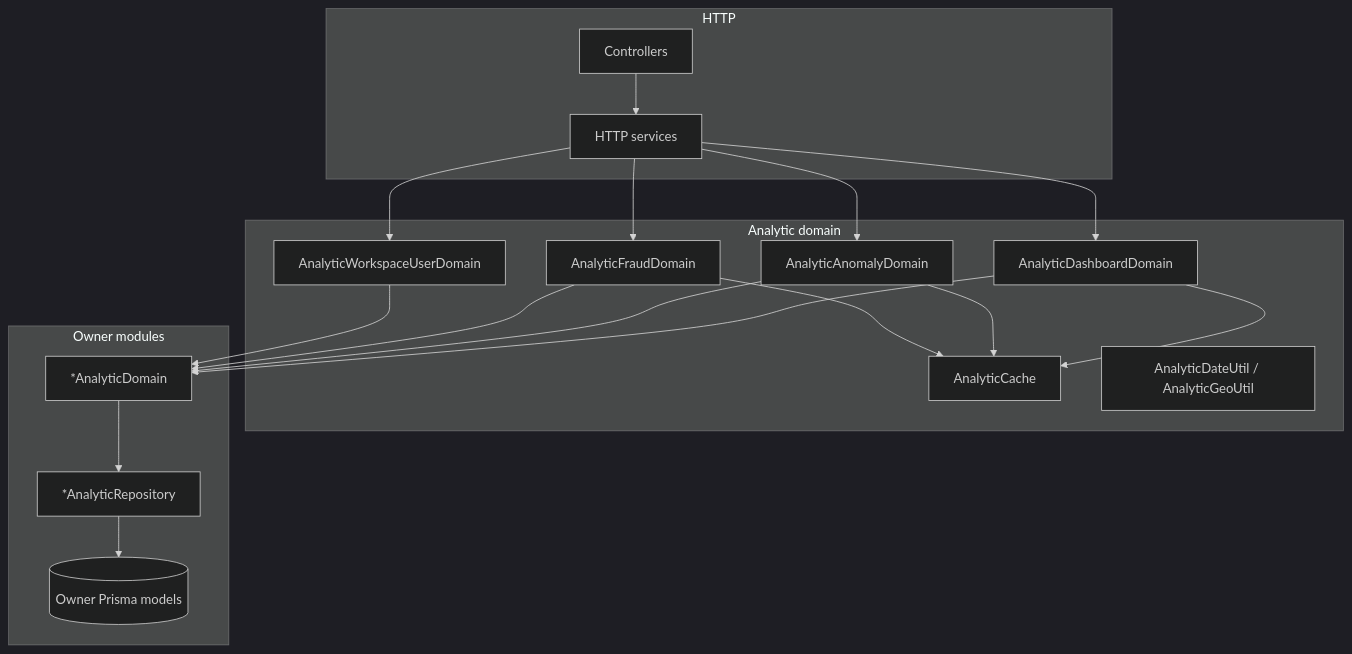
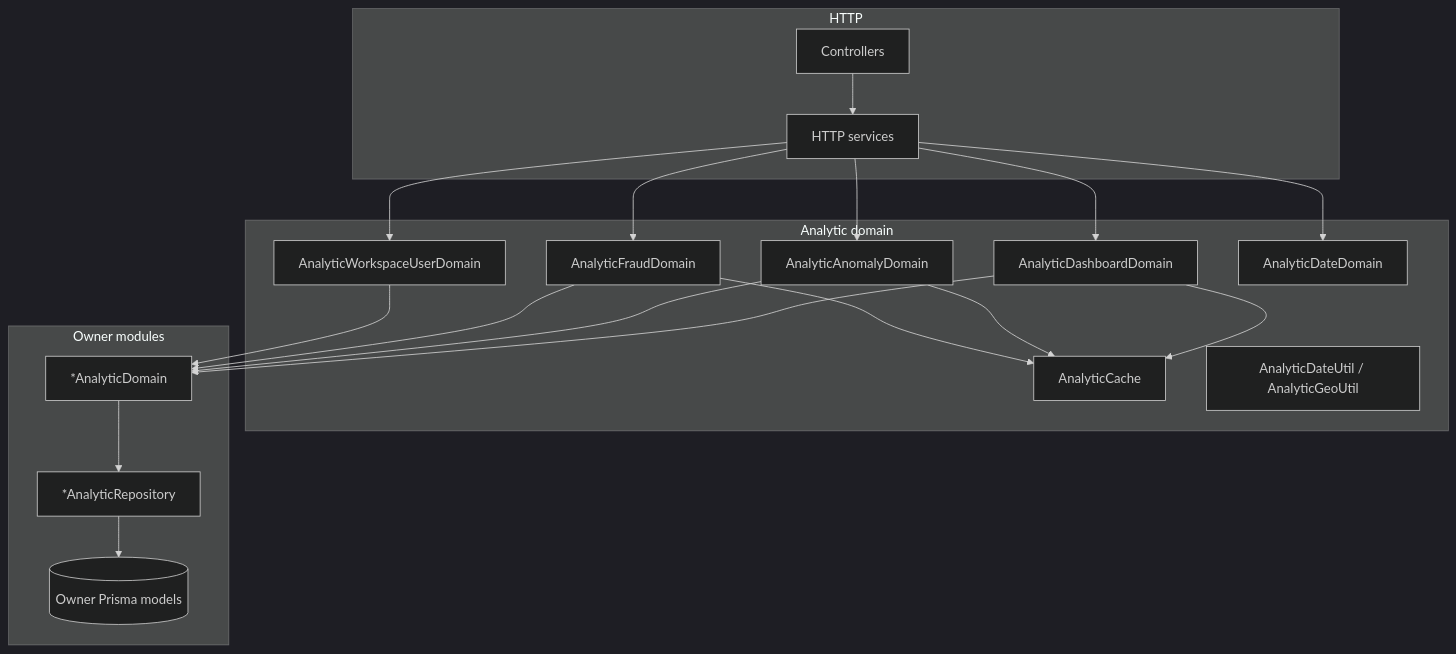
Before and after one commit to andrechristikan/ack-nestjs-boilerplate: the first of 2 diagrams in docs/analytic.md, drawn with Mermaid (dark theme). The commit also changed other lines of this file and 78 other files, not shown here.

````diff
--- a/docs/analytic.md
+++ b/docs/analytic.md
@@ -37,34 +37,36 @@
 ```mermaid
 flowchart TB
     subgraph http [HTTP]
         C[Controllers]
         HS[HTTP services]
     end
     subgraph analytic [Analytic domain]
         AD[AnalyticDashboardDomain]
         AA[AnalyticAnomalyDomain]
         AF[AnalyticFraudDomain]
         AW[AnalyticWorkspaceUserDomain]
         AC[AnalyticCache]
+        ADATE[AnalyticDateDomain]
         AU[AnalyticDateUtil / AnalyticGeoUtil]
     end
     subgraph owners [Owner modules]
         OD["*AnalyticDomain"]
         OR["*AnalyticRepository"]
         DB[(Owner Prisma models)]
     end
     C --> HS
+    HS --> ADATE
     HS --> AD
     HS --> AA
     HS --> AF
     HS --> AW
     AD --> AC
     AA --> AC
     AF --> AC
     AD --> OD
     AA --> OD
     AF --> OD
     AW --> OD
     OD --> OR
     OR --> DB
 ```
````
